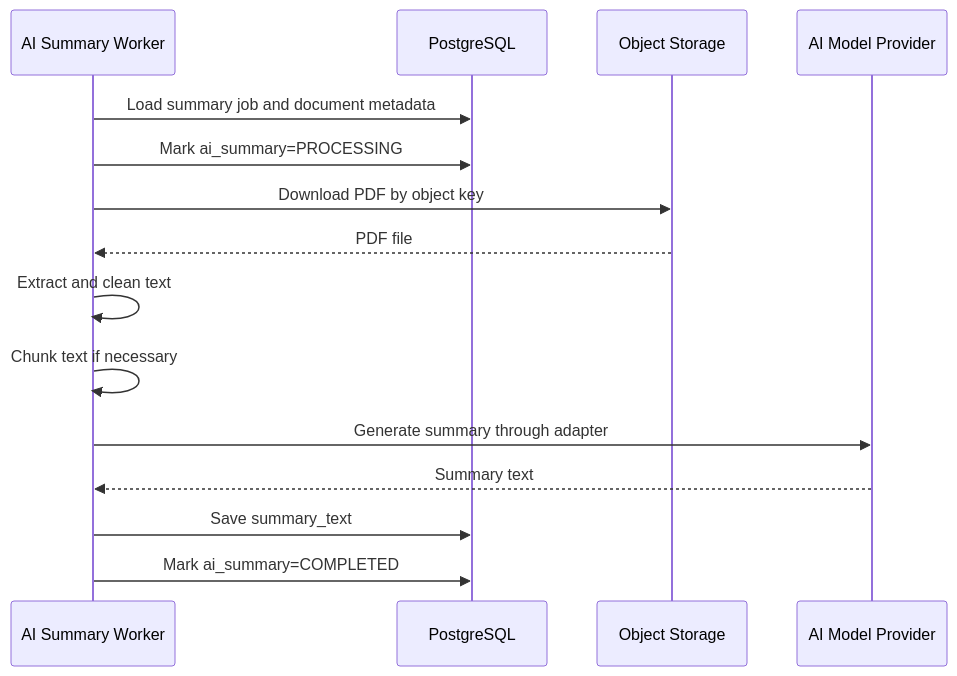
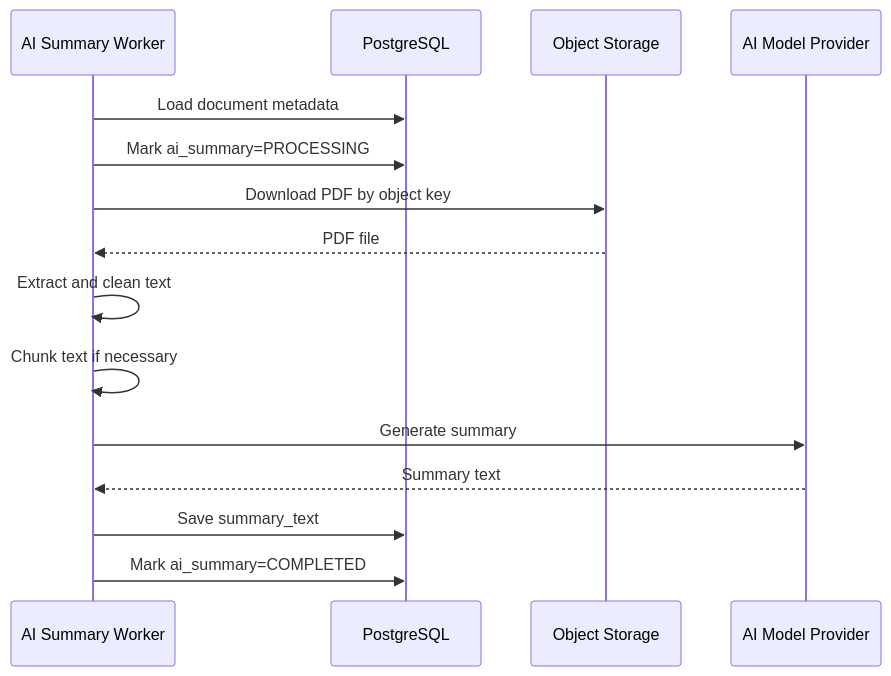
One commit to NguyenThanhTien539/unihub-workshop-system changed the second of 3 diagrams in blueprint/specs/ai-summary.md. Above: the diagram before and after it, drawn with Mermaid. The commit also changed other lines of this file and 8 other files, not shown here.

````diff
--- a/blueprint/specs/ai-summary.md
+++ b/blueprint/specs/ai-summary.md
@@ -95,18 +89,18 @@
 ```mermaid
 sequenceDiagram
     participant W as AI Summary Worker
     participant DB as PostgreSQL
     participant Obj as Object Storage
     participant AI as AI Model Provider
 
-    W->>DB: Load summary job and document metadata
+    W->>DB: Load document metadata
     W->>DB: Mark ai_summary=PROCESSING
     W->>Obj: Download PDF by object key
     Obj-->>W: PDF file
     W->>W: Extract and clean text
     W->>W: Chunk text if necessary
-    W->>AI: Generate summary through adapter
+    W->>AI: Generate summary
     AI-->>W: Summary text
     W->>DB: Save summary_text
     W->>DB: Mark ai_summary=COMPLETED
 ```
````
